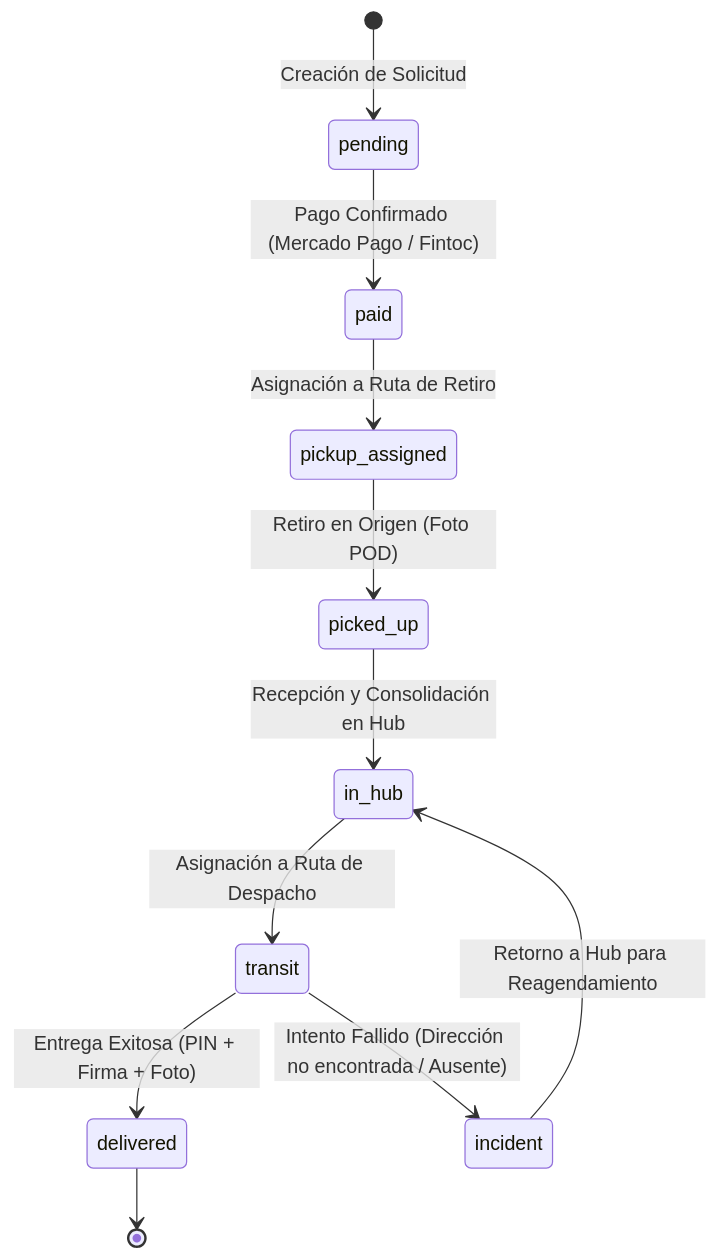
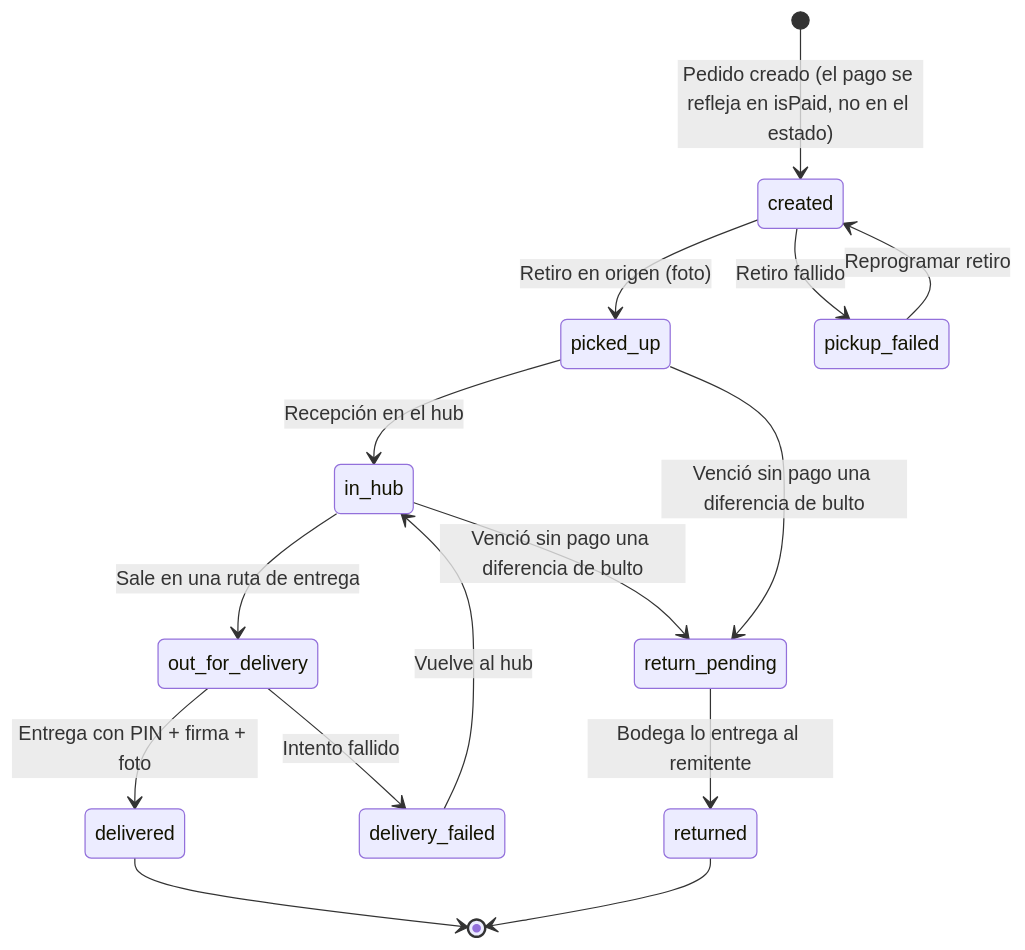
The first of 2 diagrams in docs-src/orders-dispatch.md (start-level-cl/Flowex-api-docs), drawn with Mermaid before and after one commit. The commit also changed other lines of this file and 43 other files, not shown here.

````diff
--- a/docs-src/orders-dispatch.md
+++ b/docs-src/orders-dispatch.md
@@ -9,13 +9,17 @@
 ```mermaid
 stateDiagram-v2
-    [*] --> pending: Creación de Solicitud
-    pending --> paid: Pago Confirmado (Mercado Pago / Fintoc)
-    paid --> pickup_assigned: Asignación a Ruta de Retiro
-    pickup_assigned --> picked_up: Retiro en Origen (Foto POD)
-    picked_up --> in_hub: Recepción y Consolidación en Hub
-    in_hub --> transit: Asignación a Ruta de Despacho
-    transit --> delivered: Entrega Exitosa (PIN + Firma + Foto)
-    transit --> incident: Intento Fallido (Dirección no encontrada / Ausente)
-    incident --> in_hub: Retorno a Hub para Reagendamiento
+    [*] --> created: Pedido creado (el pago se refleja en isPaid, no en el estado)
+    created --> picked_up: Retiro en origen (foto)
+    created --> pickup_failed: Retiro fallido
+    pickup_failed --> created: Reprogramar retiro
+    picked_up --> in_hub: Recepción en el hub
+    in_hub --> out_for_delivery: Sale en una ruta de entrega
+    out_for_delivery --> delivered: Entrega con PIN + firma + foto
+    out_for_delivery --> delivery_failed: Intento fallido
+    delivery_failed --> in_hub: Vuelve al hub
+    in_hub --> return_pending: Venció sin pago una diferencia de bulto
+    picked_up --> return_pending: Venció sin pago una diferencia de bulto
+    return_pending --> returned: Bodega lo entrega al remitente
     delivered --> [*]
+    returned --> [*]
 ```
````
